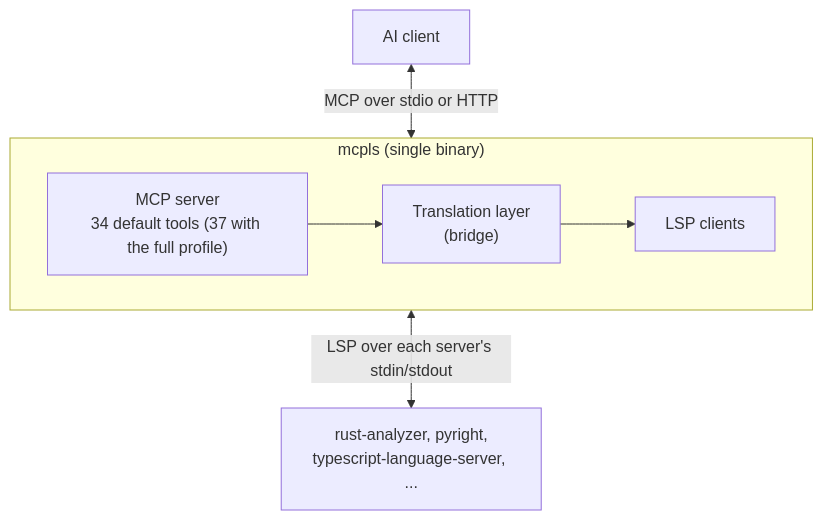
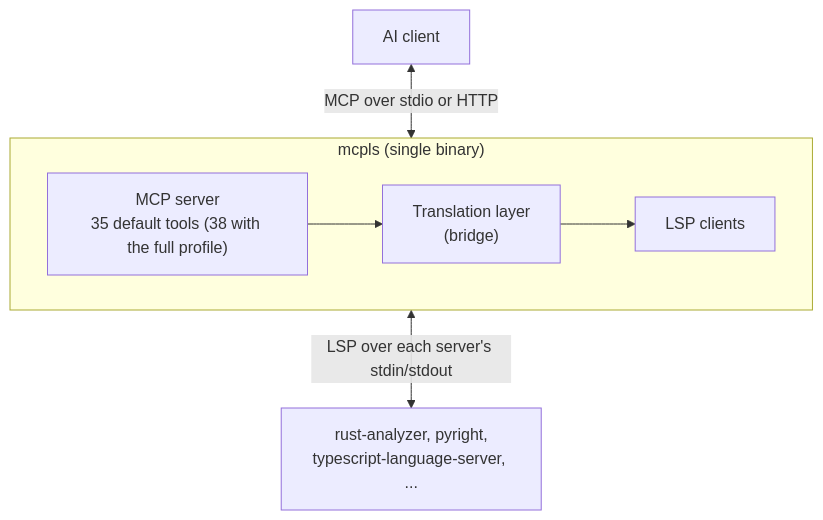
One commit to insomnes/mcpls changed the first of 2 diagrams in book/src/advanced/architecture.md. Above: the diagram before and after it, drawn with Mermaid. The commit also changed 34 other files, not shown here.

````diff
--- a/book/src/advanced/architecture.md
+++ b/book/src/advanced/architecture.md
@@ -11,11 +11,11 @@
 ```mermaid
 flowchart TB
     Client["AI client"]
     subgraph mcpls["mcpls (single binary)"]
         direction LR
-        MCP["MCP server<br/>34 default tools (37 with the full profile)"] --> Bridge["Translation layer<br/>(bridge)"] --> LSPc["LSP clients"]
+        MCP["MCP server<br/>35 default tools (38 with the full profile)"] --> Bridge["Translation layer<br/>(bridge)"] --> LSPc["LSP clients"]
     end
     Servers["rust-analyzer, pyright,<br/>typescript-language-server, ..."]
     Client <-->|"MCP over stdio or HTTP"| MCP
     LSPc <-->|"LSP over each server's stdin/stdout"| Servers
 ```
````
